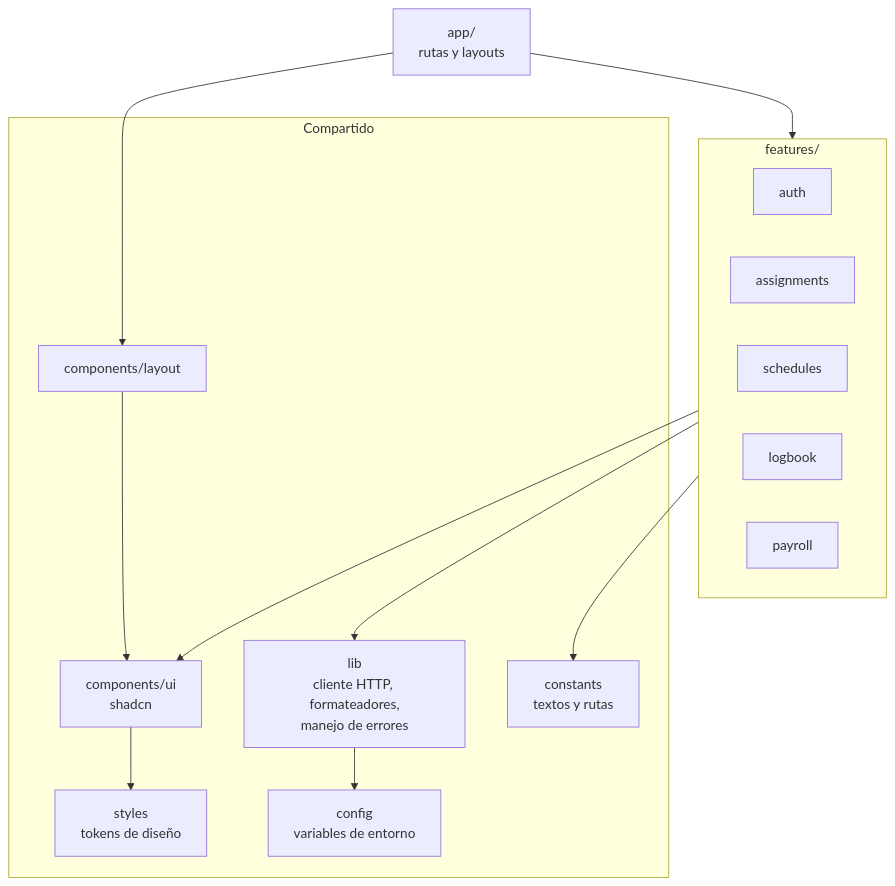
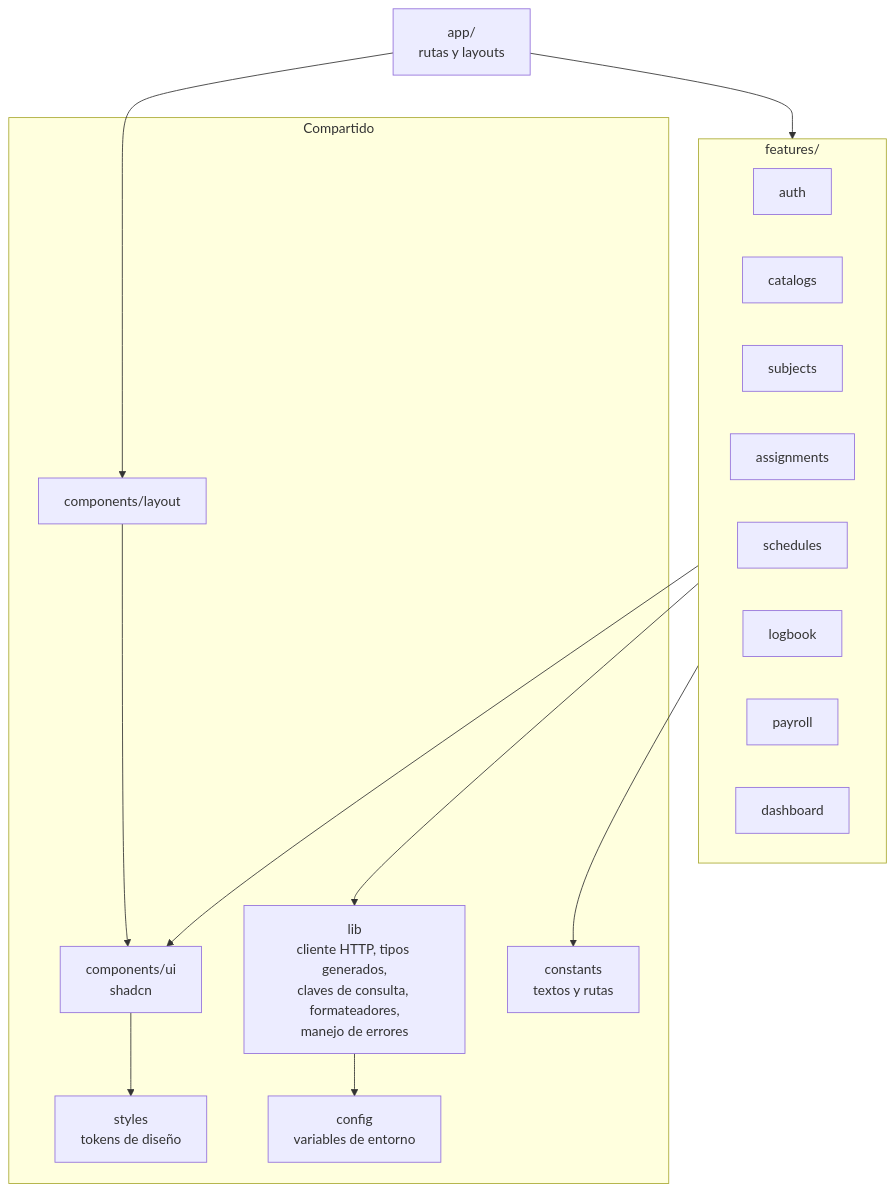
One commit to Joryox/nomina-docente changed the fourth of 7 diagrams in docs/arquitectura.md. Above: the diagram before and after it, drawn with Mermaid. The commit also changed other lines of this file and 8 other files, not shown here.

````diff
--- a/docs/arquitectura.md
+++ b/docs/arquitectura.md
@@ -136,30 +141,33 @@
 ```mermaid
 flowchart TD
     app[app/<br/>rutas y layouts]
 
     subgraph features[features/]
         auth[auth]
+        catalogs[catalogs]
+        subjects[subjects]
         assignments[assignments]
         schedules[schedules]
         logbook[logbook]
         payroll[payroll]
+        dashboard[dashboard]
     end
 
     subgraph shared[Compartido]
         ui[components/ui<br/>shadcn]
         layout[components/layout]
-        lib[lib<br/>cliente HTTP, formateadores,<br/>manejo de errores]
+        lib[lib<br/>cliente HTTP, tipos generados,<br/>claves de consulta, formateadores,<br/>manejo de errores]
         config[config<br/>variables de entorno]
         constants[constants<br/>textos y rutas]
         styles[styles<br/>tokens de diseño]
     end
 
     app --> features
     app --> layout
     features --> ui
     features --> lib
     features --> constants
     layout --> ui
     lib --> config
     ui --> styles
 ```
````
